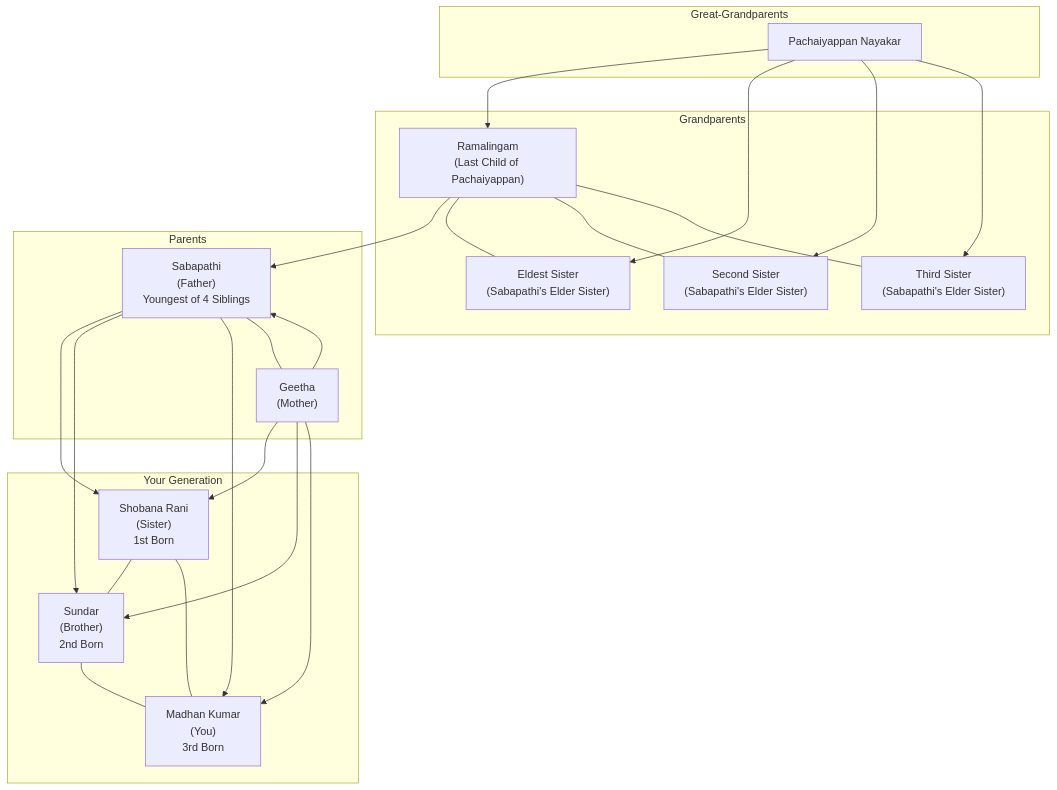
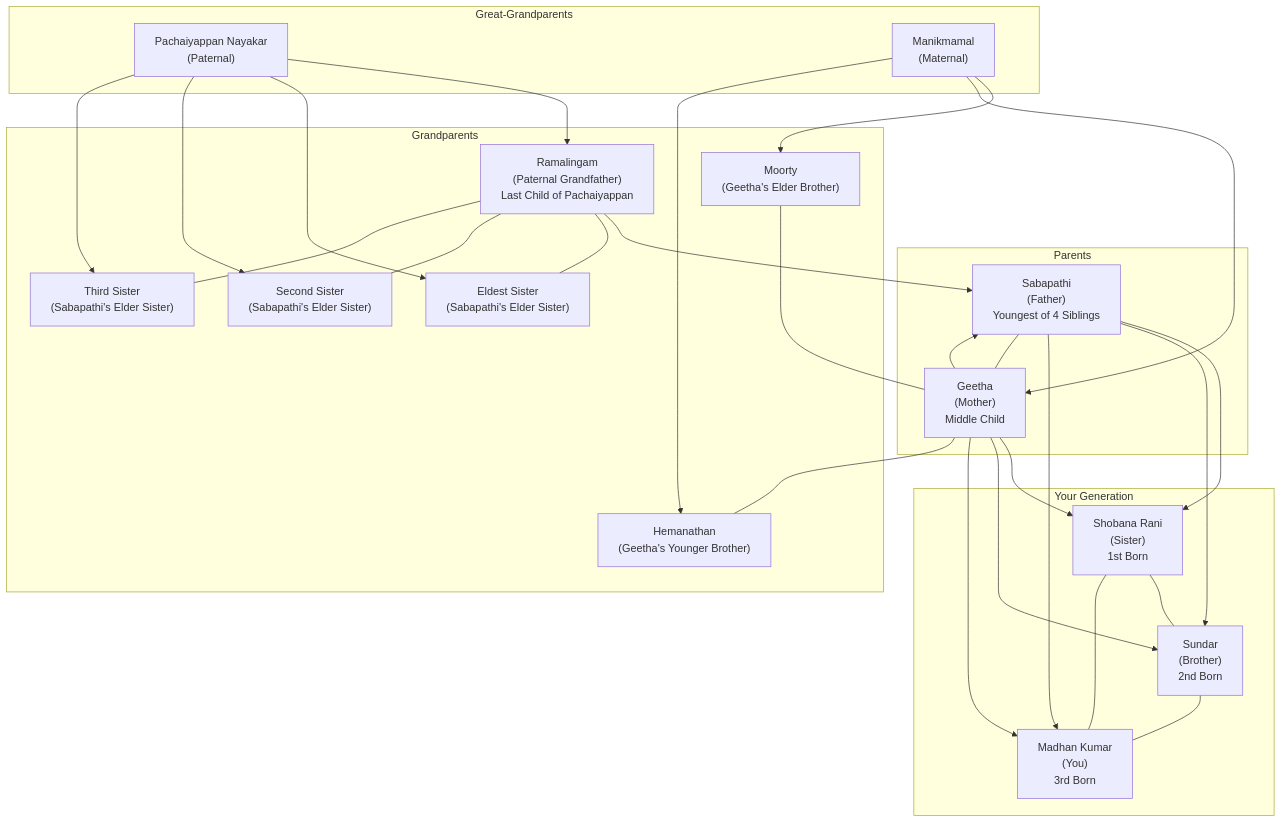
The diagram in docs/family.mmd (madhankumar866/family-tree-genealogy-system), drawn with Mermaid before and after one commit. The commit also changed 1 other file, not shown here.

Commit message:
Add maternal family: Manikmamal (grandmother), Moorty (uncle), Hemanathan (uncle)

```diff
--- a/docs/family.mmd
+++ b/docs/family.mmd
@@ -1,45 +1,54 @@
 flowchart TB
   subgraph G0["Great-Grandparents"]
-    GGF["Pachaiyappan Nayakar"]
+    GGF["Pachaiyappan Nayakar<br/>(Paternal)"]
+    MGM["Manikmamal<br/>(Maternal)"]
   end
 
   subgraph G1["Grandparents"]
-    GP1["Ramalingam<br/>(Last Child of Pachaiyappan)"]
+    GP1["Ramalingam<br/>(Paternal Grandfather)<br/>Last Child of Pachaiyappan"]
     AS1["Eldest Sister<br/>(Sabapathi's Elder Sister)"]
     AS2["Second Sister<br/>(Sabapathi's Elder Sister)"]
     AS3["Third Sister<br/>(Sabapathi's Elder Sister)"]
+    MU1["Moorty<br/>(Geetha's Elder Brother)"]
+    MU2["Hemanathan<br/>(Geetha's Younger Brother)"]
   end
 
   subgraph G2["Parents"]
     P1["Sabapathi<br/>(Father)<br/>Youngest of 4 Siblings"]
-    P2["Geetha<br/>(Mother)"]
+    P2["Geetha<br/>(Mother)<br/>Middle Child"]
   end
 
   subgraph G3["Your Generation"]
     S1["Shobana Rani<br/>(Sister)<br/>1st Born"]
     S2["Sundar<br/>(Brother)<br/>2nd Born"]
     S3["Madhan Kumar<br/>(You)<br/>3rd Born"]
   end
 
   GGF --> GP1
   GGF --> AS1
   GGF --> AS2
   GGF --> AS3
+  
+  MGM --> MU1
+  MGM --> P2
+  MGM --> MU2
   
   GP1 --> P1
   P2 --> P1
   
   P1 --> S1
   P2 --> S1
   P1 --> S2
   P2 --> S2
   P1 --> S3
   P2 --> S3
   
   S1 --- S2
   S1 --- S3
   S2 --- S3
   P1 --- P2
   GP1 --- AS1
   GP1 --- AS2
   GP1 --- AS3
+  MU1 --- P2
+  P2 --- MU2
```
